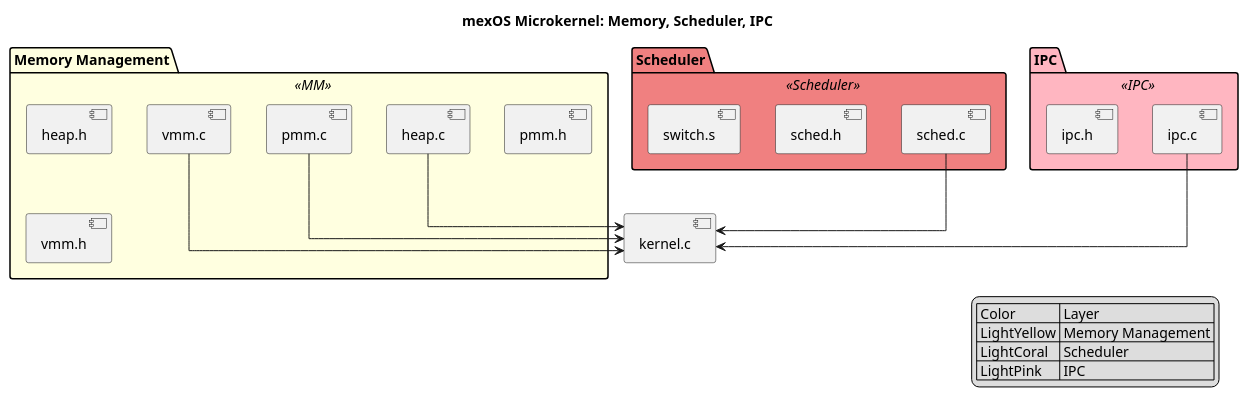
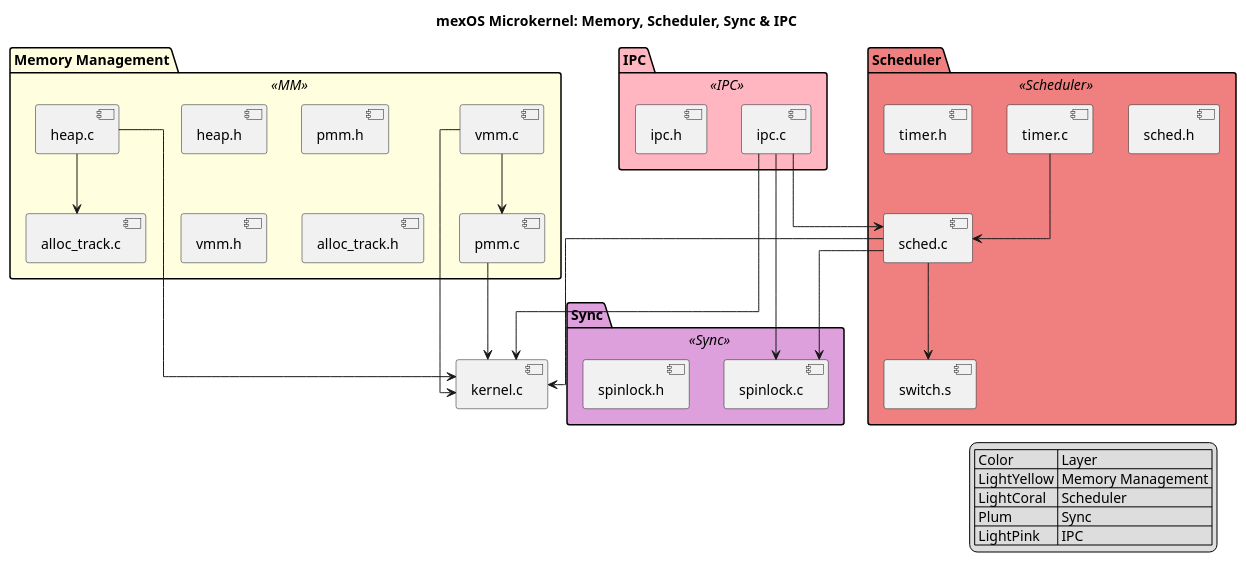
Before and after one commit to mendax0110/mexOS: the diagram in docs/UML/mm_sched_ipc.puml, drawn with PlantUML. The commit also changed 50 other files, not shown here.

```diff
--- a/docs/UML/mm_sched_ipc.puml
+++ b/docs/UML/mm_sched_ipc.puml
@@ -1,58 +1,80 @@
 @startuml MM_Sched_IPC
-title mexOS Microkernel: Memory, Scheduler, IPC
+title mexOS Microkernel: Memory, Scheduler, Sync & IPC
 
 skinparam linetype ortho
 skinparam package {
     BackgroundColor<<MM>> LightYellow
     BackgroundColor<<Scheduler>> LightCoral
+    BackgroundColor<<Sync>> Plum
     BackgroundColor<<IPC>> LightPink
     BorderColor Black
     Shadowing false
 }
 
 ' ============================
 ' MEMORY MANAGEMENT
 ' ============================
 package "Memory Management" <<MM>> {
     [heap.c]
     [heap.h]
     [pmm.c]
     [pmm.h]
     [vmm.c]
     [vmm.h]
+    [alloc_track.c]
+    [alloc_track.h]
 }
 
 ' ============================
-' SCHEDULER
+' SCHEDULER (now owns the timer tick)
 ' ============================
 package "Scheduler" <<Scheduler>> {
     [sched.c]
     [sched.h]
     [switch.s]
+    [timer.c]
+    [timer.h]
+}
+
+' ============================
+' SYNC
+' ============================
+package "Sync" <<Sync>> {
+    [spinlock.c]
+    [spinlock.h]
 }
 
 ' ============================
 ' IPC
 ' ============================
 package "IPC" <<IPC>> {
     [ipc.c]
     [ipc.h]
 }
 
 ' Dependencies to Core
 [heap.c] --> [kernel.c]
 [pmm.c] --> [kernel.c]
 [vmm.c] --> [kernel.c]
+[heap.c] --> [alloc_track.c]
+[vmm.c] --> [pmm.c]
 
+[timer.c] --> [sched.c]
+[sched.c] --> [switch.s]
 [sched.c] --> [kernel.c]
+[sched.c] --> [spinlock.c]
+
 [ipc.c] --> [kernel.c]
+[ipc.c] --> [spinlock.c]
+[ipc.c] --> [sched.c]
 
 ' Legend
 legend right
 | Color | Layer |
 | LightYellow | Memory Management |
 | LightCoral | Scheduler |
+| Plum | Sync |
 | LightPink | IPC |
 endlegend
 
 @enduml
```
